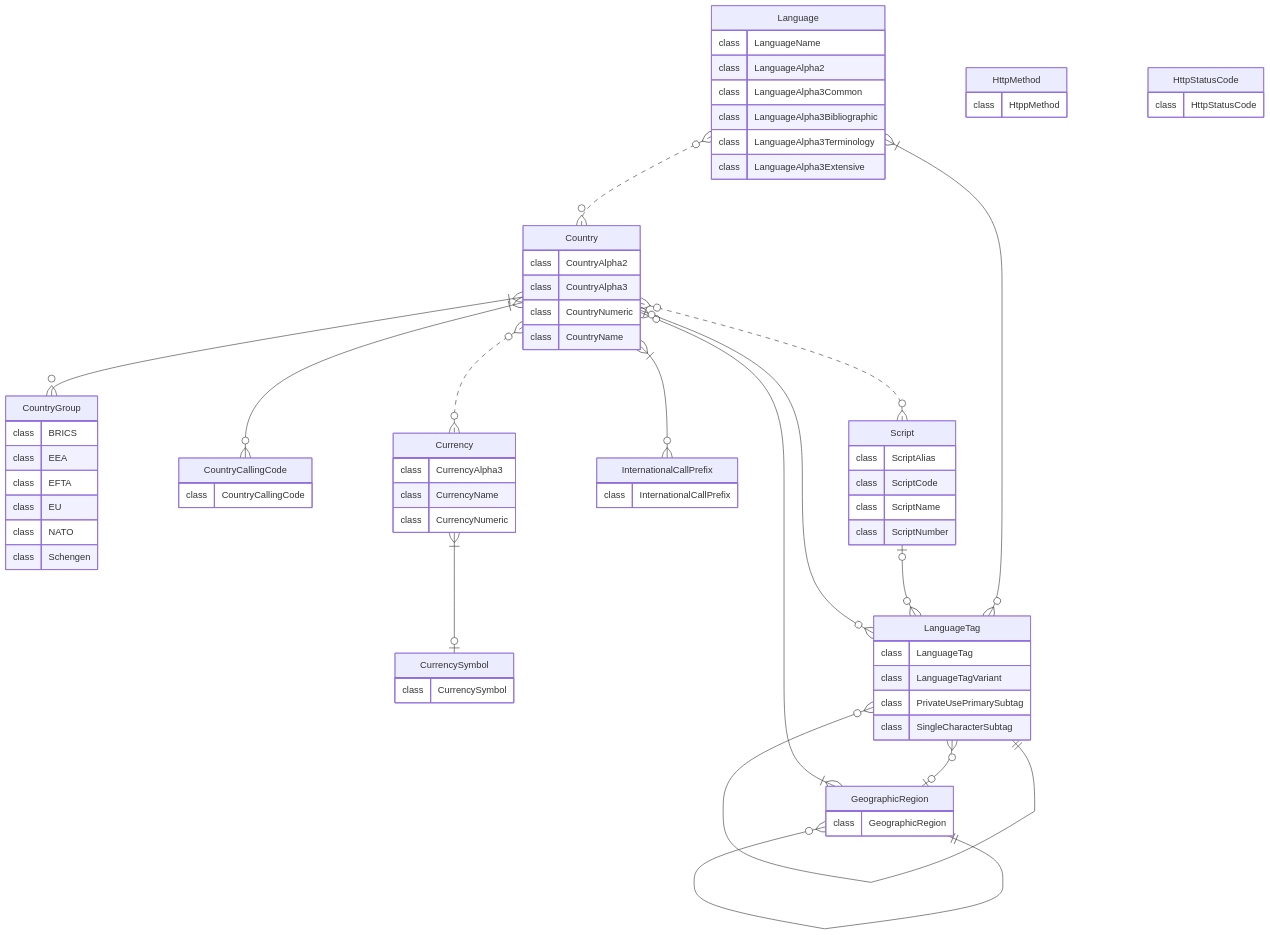
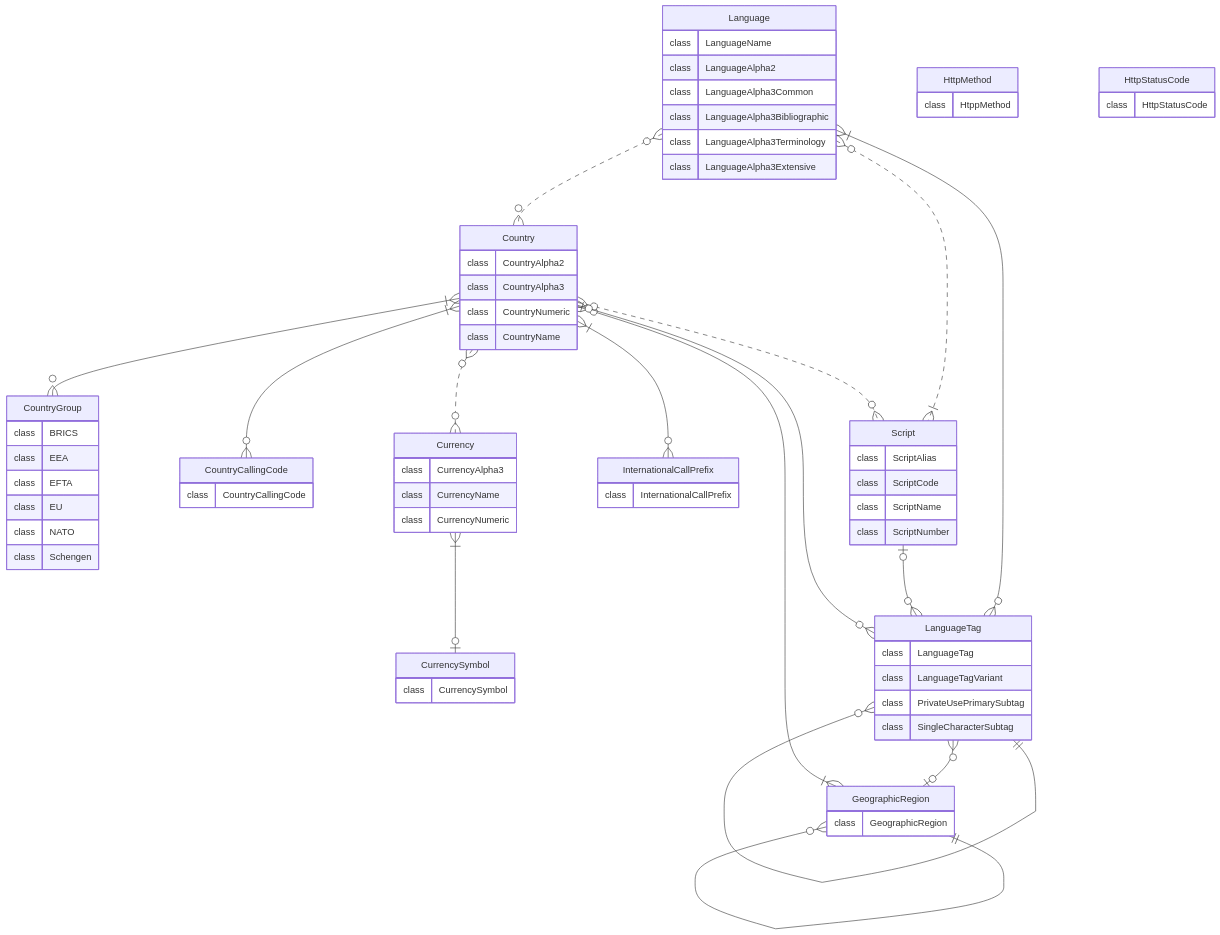
The first of 5 diagrams in README.md (PrinsFrank/standards), drawn with Mermaid before and after one commit.

Commit message:
Add relation between language and script to documentation

````diff
--- a/README.md
+++ b/README.md
@@ -41,75 +41,76 @@
 ```mermaid
 erDiagram
     Country {
         class CountryAlpha2
         class CountryAlpha3
         class CountryNumeric
         class CountryName
     }
     GeographicRegion {
         class GeographicRegion
     }
     CountryGroup {
         class BRICS
         class EEA
         class EFTA
         class EU
         class NATO
         class Schengen
     }
     CountryCallingCode {
         class CountryCallingCode
     }
     Currency {
         class CurrencyAlpha3
         class CurrencyName
         class CurrencyNumeric
     }
     CurrencySymbol {
         class CurrencySymbol
     }
     InternationalCallPrefix {
         class InternationalCallPrefix
     }
     Language {
         class LanguageName
         class LanguageAlpha2
         class LanguageAlpha3Common
         class LanguageAlpha3Bibliographic
         class LanguageAlpha3Terminology
         class LanguageAlpha3Extensive
     }
     Script {
         class ScriptAlias
         class ScriptCode
         class ScriptName
         class ScriptNumber
     }
     LanguageTag {
         class LanguageTag
         class LanguageTagVariant
         class PrivateUsePrimarySubtag
         class SingleCharacterSubtag
     }
     HttpMethod {
         class HtppMethod
     }
     HttpStatusCode {
         class HttpStatusCode
     }
 
     GeographicRegion }|--o{ Country: ""
     GeographicRegion ||--o{ GeographicRegion: ""
     Language }o..o{ Country: ""
+    Language }o..|{ Script: ""
     Country }|--o{ CountryGroup: ""
     Country }|--o{ CountryCallingCode: ""
     Country }o..o{ Currency: ""
     Country }|--o{ InternationalCallPrefix: ""
     Country }o..o{ Script: ""
     Currency }|--o| CurrencySymbol: ""
     LanguageTag ||--o{ LanguageTag: ""
     Language }|--o{ LanguageTag: ""
     Script |o--o{ LanguageTag: ""
     Country |o--o{ LanguageTag: ""
     LanguageTag }o--o| GeographicRegion: ""
 ```
````
